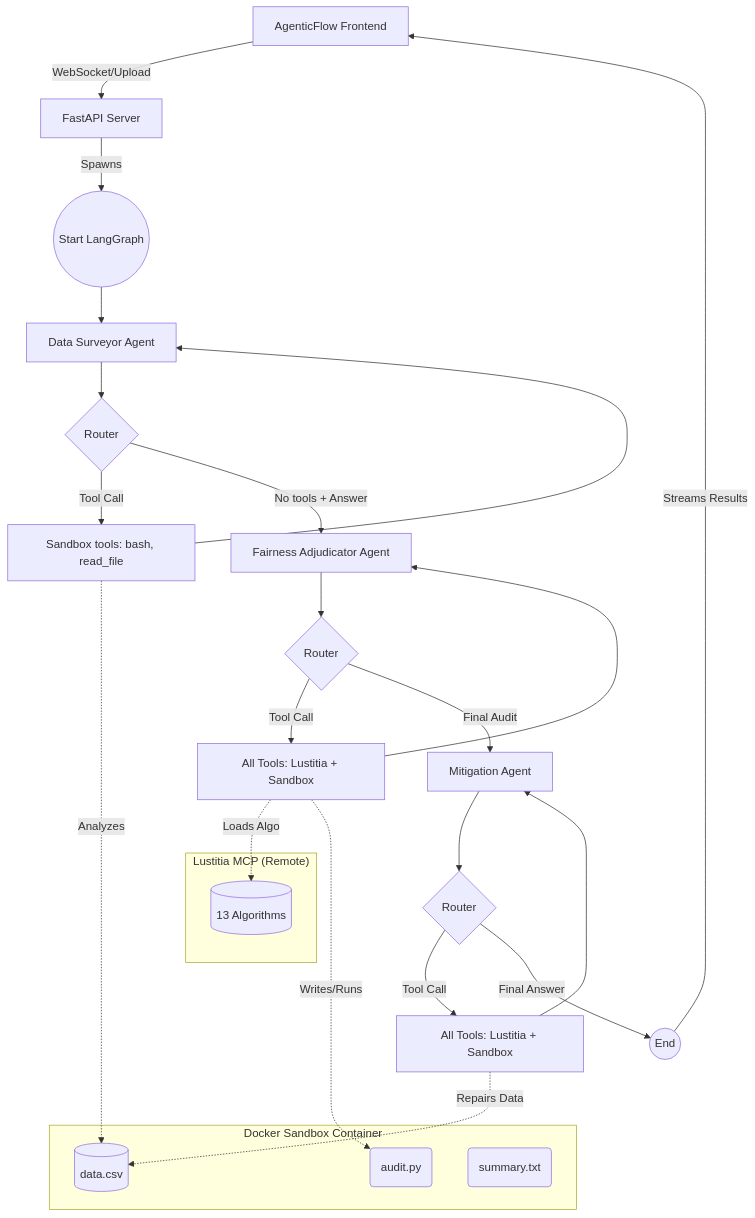
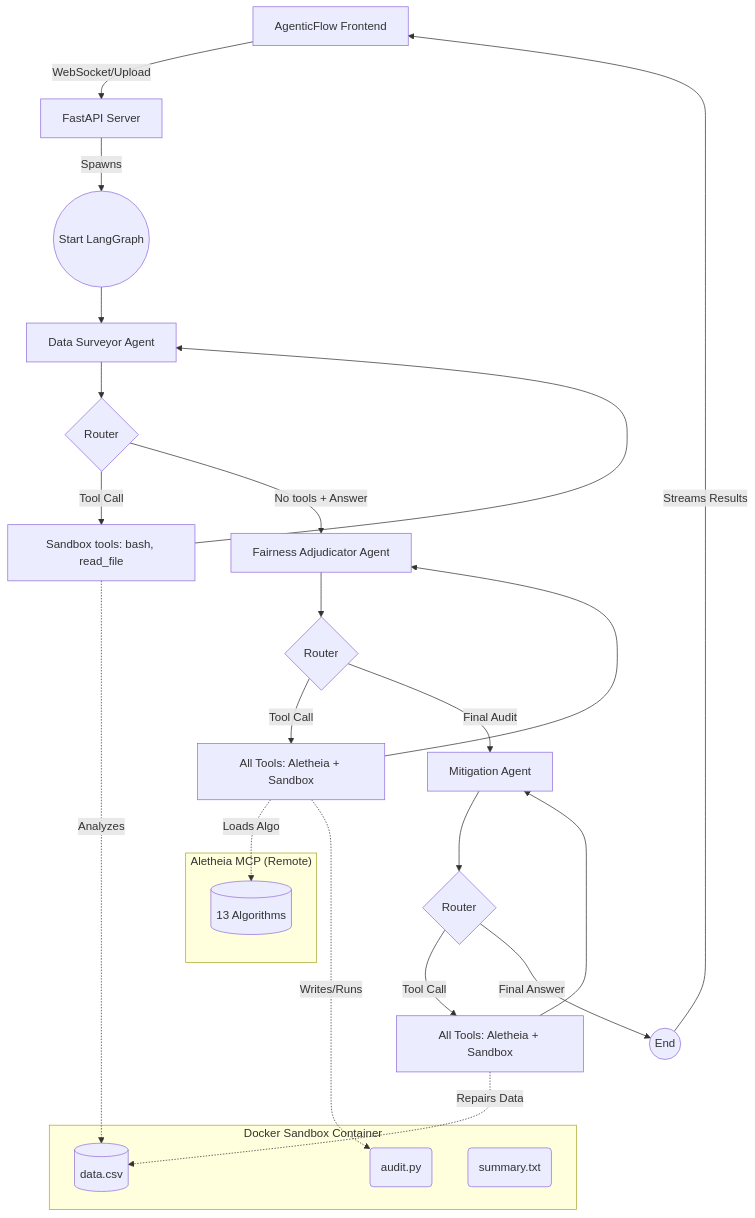
Before and after one commit to Aditya5191/Aletheia-AI: the diagram in README.md, drawn with Mermaid. The commit also changed other lines of this file and 19 other files, not shown here.

````diff
--- a/README.md
+++ b/README.md
@@ -81,47 +82,47 @@
 ```mermaid
 graph TD
     UI[AgenticFlow Frontend] -->|WebSocket/Upload| API[FastAPI Server]
     API -->|Spawns| START((Start LangGraph))
     START --> DS[Data Surveyor Agent]
     DS --> DS_ROUT{Router}
     
     %% Surveyor Loop
     DS_ROUT -->|Tool Call| ST[Sandbox tools: bash, read_file]
     ST --> DS
     
     %% Handoff
     DS_ROUT -->|No tools + Answer| FA[Fairness Adjudicator Agent]
     
     %% Adjudicator Loop
     FA --> FA_ROUT{Router}
-    FA_ROUT -->|Tool Call| AT[All Tools: Lustitia + Sandbox]
+    FA_ROUT -->|Tool Call| AT[All Tools: Aletheia + Sandbox]
     AT --> FA
     
     %% Mitigation Handoff
     FA_ROUT -->|Final Audit| MA[Mitigation Agent]
 
     %% Mitigation Loop
     MA --> MA_ROUT{Router}
-    MA_ROUT -->|Tool Call| MT[All Tools: Lustitia + Sandbox]
+    MA_ROUT -->|Tool Call| MT[All Tools: Aletheia + Sandbox]
     MT --> MA
 
     %% End
     MA_ROUT -->|Final Answer| END((End))
     END -->|Streams Results| UI
 
     subgraph "Docker Sandbox Container"
     data[(data.csv)]
     audit_file(audit.py)
     profile_file(summary.txt)
     end
 
-    subgraph "Lustitia MCP (Remote)"
+    subgraph "Aletheia MCP (Remote)"
     algo_db[(13 Algorithms)]
     end
 
     %% Interactions
     ST -.->|Analyzes| data
     AT -.->|Loads Algo| algo_db
     AT -.->|Writes/Runs| audit_file
     MT -.->|Repairs Data| data
 ```
````
